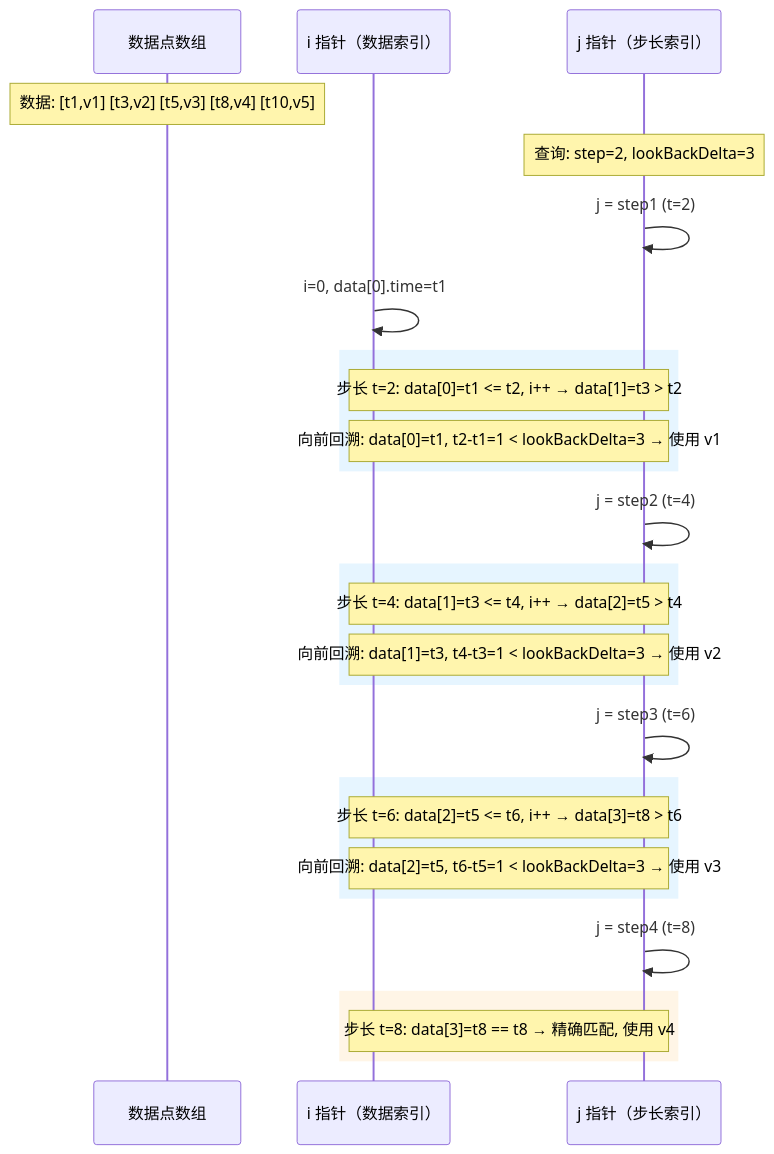
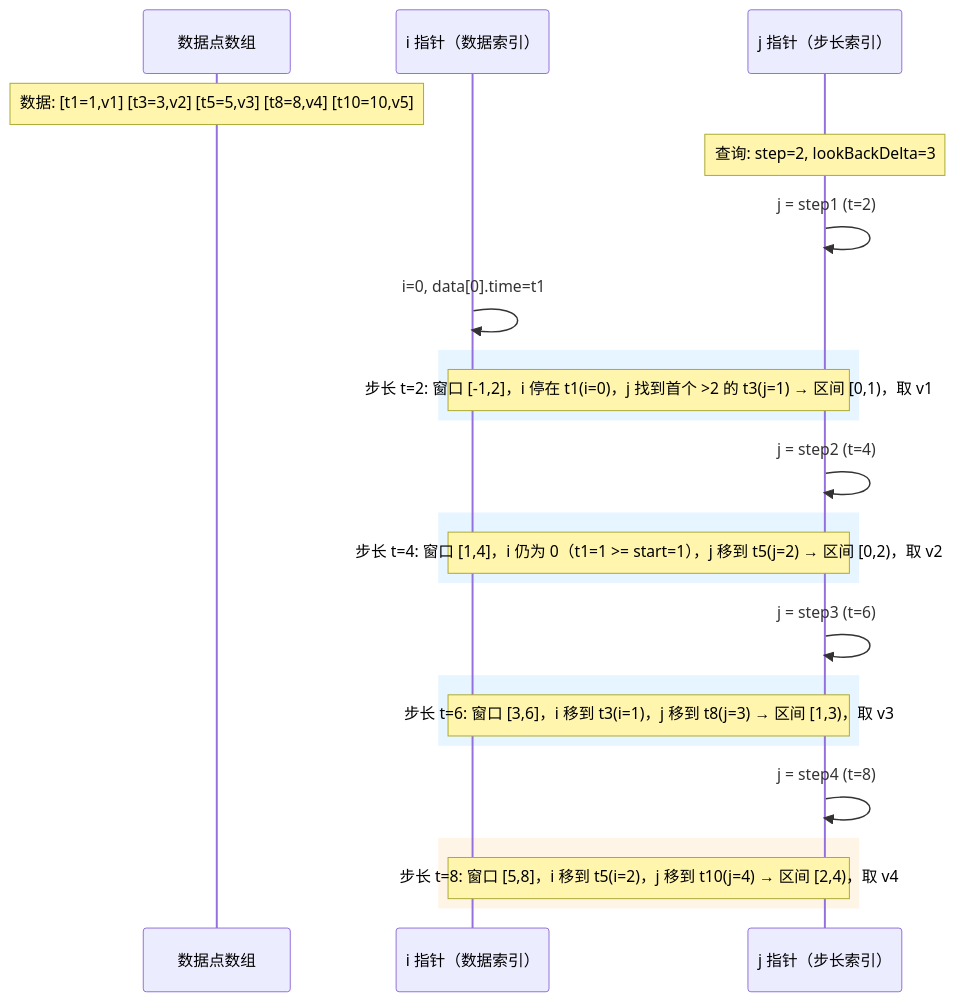
The seventh of 17 diagrams in docs/specs/08_promql_compatibility_spec.md (stefanv5/openGemini), drawn with Mermaid before and after one commit. The commit also changed other lines of this file and 37 other files, not shown here.

````diff
--- a/docs/specs/08_promql_compatibility_spec.md
+++ b/docs/specs/08_promql_compatibility_spec.md
@@ -1558,34 +1602,31 @@
 ```mermaid
 sequenceDiagram
     participant Data as 数据点数组
     participant I as i 指针（数据索引）
     participant J as j 指针（步长索引）
 
-    Note over Data: 数据: [t1,v1] [t3,v2] [t5,v3] [t8,v4] [t10,v5]
+    Note over Data: 数据: [t1=1,v1] [t3=3,v2] [t5=5,v3] [t8=8,v4] [t10=10,v5]
     Note over J: 查询: step=2, lookBackDelta=3
 
     J->>J: j = step1 (t=2)
     I->>I: i=0, data[0].time=t1
 
     rect rgb(230, 245, 255)
-        Note over I,J: 步长 t=2: data[0]=t1 <= t2, i++ → data[1]=t3 > t2
-        Note over I,J: 向前回溯: data[0]=t1, t2-t1=1 < lookBackDelta=3 → 使用 v1
+        Note over I,J: 步长 t=2: 窗口 [-1,2]，i 停在 t1(i=0)，j 找到首个 >2 的 t3(j=1) → 区间 [0,1)，取 v1
     end
 
     J->>J: j = step2 (t=4)
     rect rgb(230, 245, 255)
-        Note over I,J: 步长 t=4: data[1]=t3 <= t4, i++ → data[2]=t5 > t4
-        Note over I,J: 向前回溯: data[1]=t3, t4-t3=1 < lookBackDelta=3 → 使用 v2
+        Note over I,J: 步长 t=4: 窗口 [1,4]，i 仍为 0（t1=1 >= start=1），j 移到 t5(j=2) → 区间 [0,2)，取 v2
     end
 
     J->>J: j = step3 (t=6)
     rect rgb(230, 245, 255)
-        Note over I,J: 步长 t=6: data[2]=t5 <= t6, i++ → data[3]=t8 > t6
-        Note over I,J: 向前回溯: data[2]=t5, t6-t5=1 < lookBackDelta=3 → 使用 v3
+        Note over I,J: 步长 t=6: 窗口 [3,6]，i 移到 t3(i=1)，j 移到 t8(j=3) → 区间 [1,3)，取 v3
     end
 
     J->>J: j = step4 (t=8)
     rect rgb(255, 245, 230)
-        Note over I,J: 步长 t=8: data[3]=t8 == t8 → 精确匹配, 使用 v4
+        Note over I,J: 步长 t=8: 窗口 [5,8]，i 移到 t5(i=2)，j 移到 t10(j=4) → 区间 [2,4)，取 v4
     end
 ```
````
